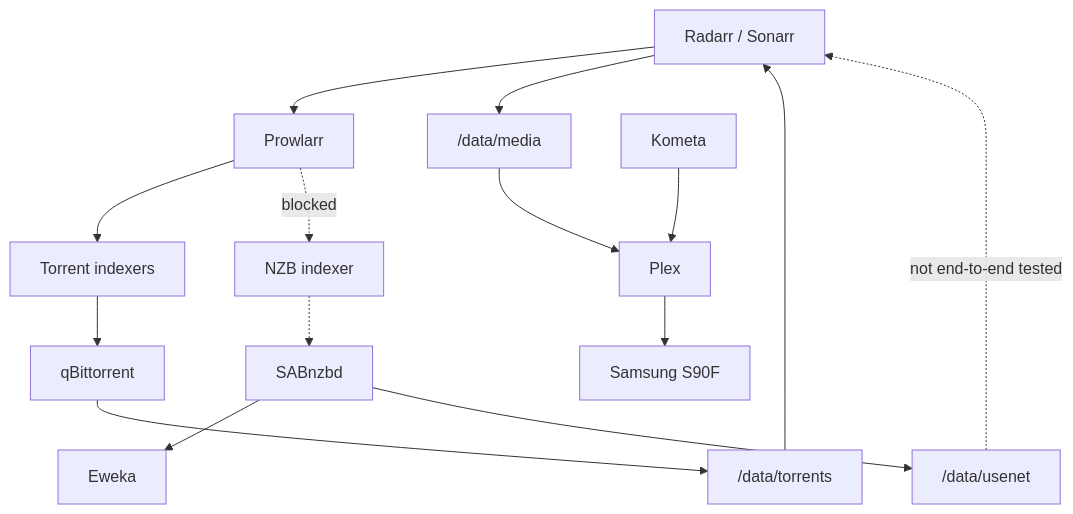
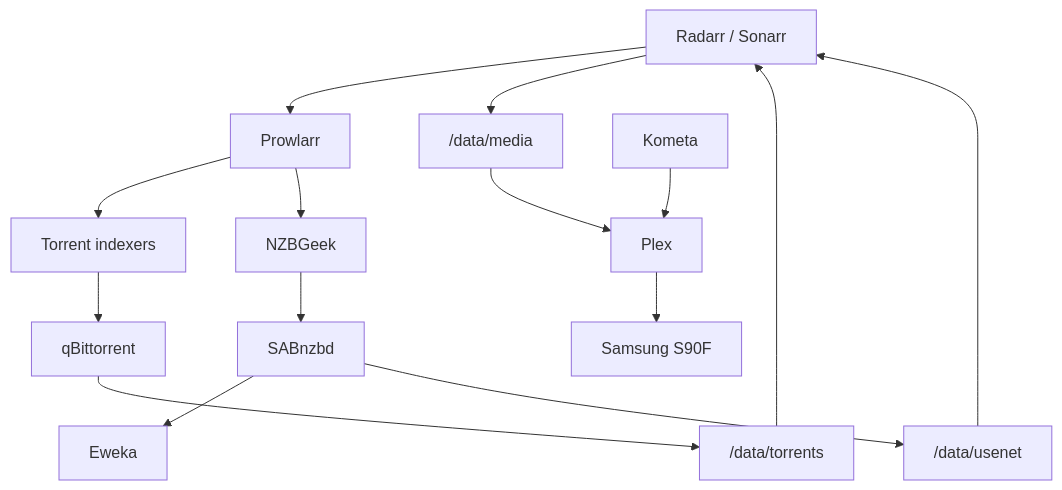
One commit to Az1mutt/homelab-infrastructure changed the first of 2 diagrams in docs/architecture.md. Above: the diagram before and after it, drawn with Mermaid. The commit also changed other lines of this file, not shown here.

Commit message:
Update architecture for verified source and target state

````diff
--- a/docs/architecture.md
+++ b/docs/architecture.md
@@ -7,17 +7,17 @@
 ```mermaid
 flowchart TD
     ARR["Radarr / Sonarr"] --> Prowlarr
     Prowlarr --> TorrentIndexers["Torrent indexers"]
     TorrentIndexers --> qBittorrent
     qBittorrent --> TorrentPaths["/data/torrents"]
-    Prowlarr -. "blocked" .-> NZB["NZB indexer"]
-    NZB -.-> SABnzbd
+    Prowlarr --> NZB["NZBGeek"]
+    NZB --> SABnzbd
     SABnzbd --> Eweka
     SABnzbd --> UsenetPaths["/data/usenet"]
     TorrentPaths --> ARR
-    UsenetPaths -. "not end-to-end tested" .-> ARR
+    UsenetPaths --> ARR
     ARR --> Media["/data/media"]
     Media --> Plex
     Kometa --> Plex
     Plex --> TV["Samsung S90F"]
 ```
````
